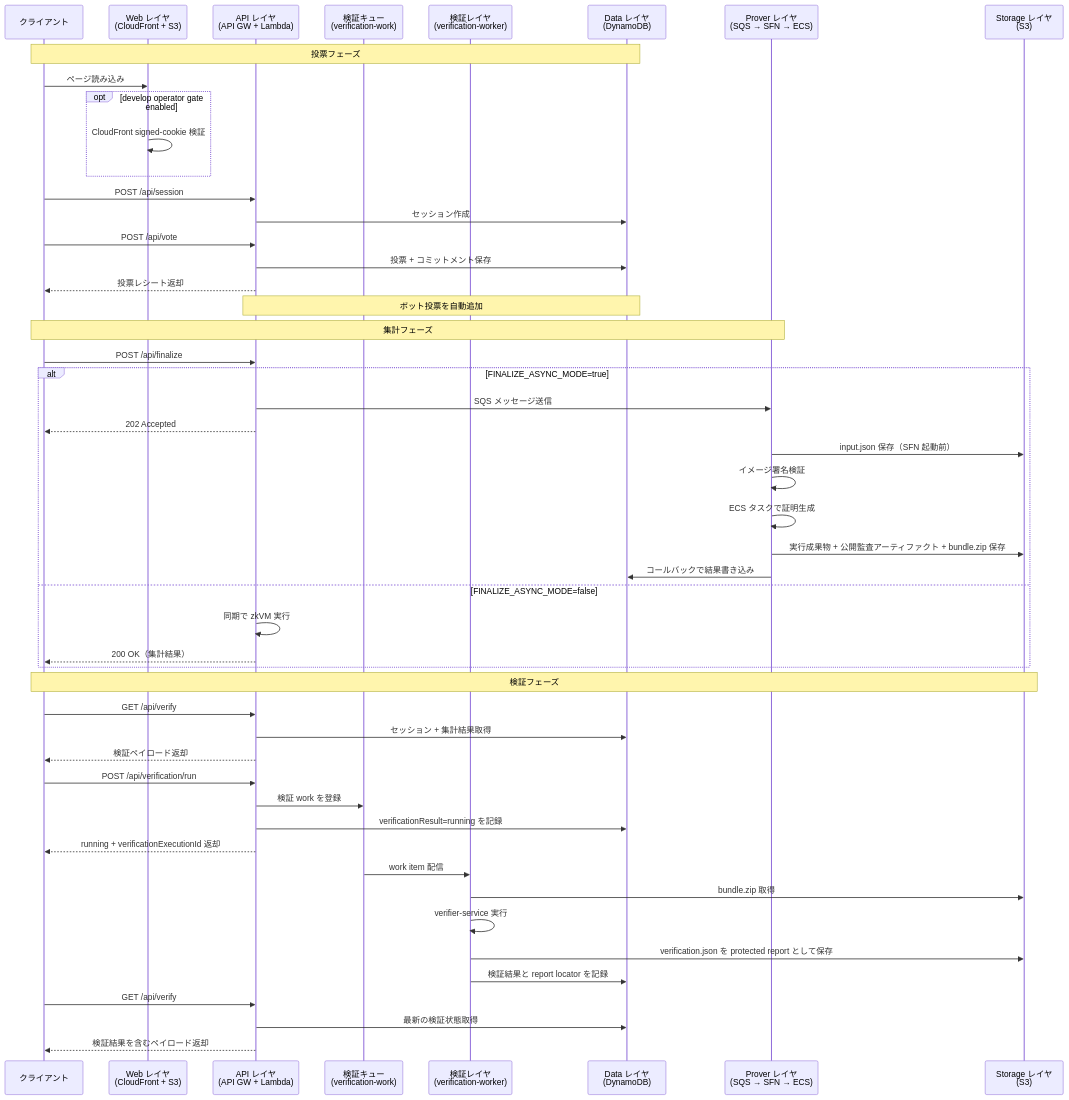
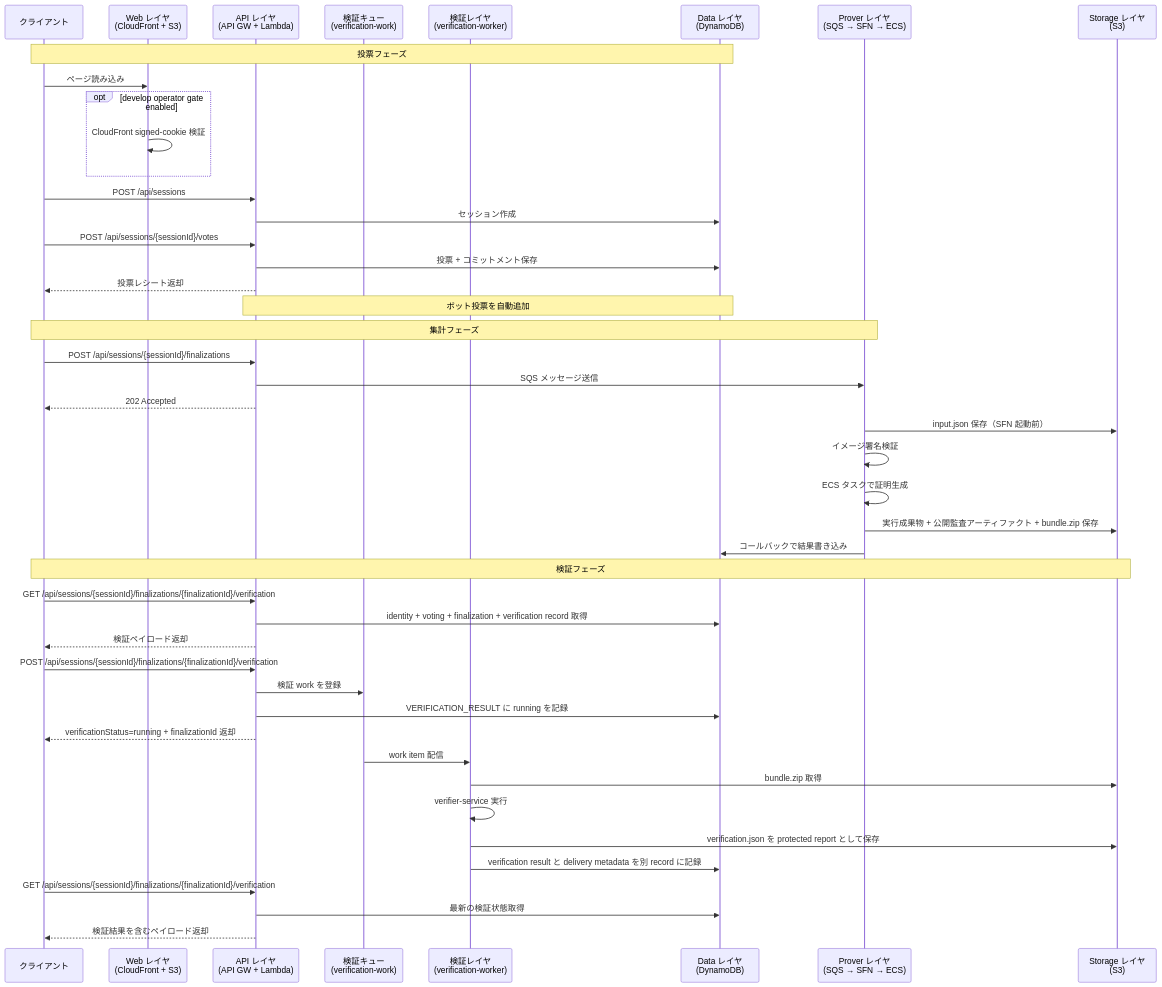
Before and after one commit to hwatanabe-jp/stark-ballot-simulator-public: the third of 4 diagrams in public-book/src/aws/topology.md, drawn with Mermaid. The commit also changed other lines of this file and 1001 other files, not shown here.

````diff
--- a/public-book/src/aws/topology.md
+++ b/public-book/src/aws/topology.md
@@ -169,55 +175,50 @@
 ```mermaid
 sequenceDiagram
   participant C as クライアント
   participant W as Web レイヤ<br/>(CloudFront + S3)
   participant A as API レイヤ<br/>(API GW + Lambda)
   participant Q as 検証キュー<br/>(verification-work)
   participant V as 検証レイヤ<br/>(verification-worker)
   participant D as Data レイヤ<br/>(DynamoDB)
   participant P as Prover レイヤ<br/>(SQS → SFN → ECS)
   participant S as Storage レイヤ<br/>(S3)
 
   Note over C,D: 投票フェーズ
   C->>W: ページ読み込み
   opt develop operator gate enabled
     W->>W: CloudFront signed-cookie 検証
   end
-  C->>A: POST /api/session
+  C->>A: POST /api/sessions
   A->>D: セッション作成
-  C->>A: POST /api/vote
+  C->>A: POST /api/sessions/{sessionId}/votes
   A->>D: 投票 + コミットメント保存
   A-->>C: 投票レシート返却
   Note over A,D: ボット投票を自動追加
 
   Note over C,P: 集計フェーズ
-  C->>A: POST /api/finalize
-  alt FINALIZE_ASYNC_MODE=true
-    A->>P: SQS メッセージ送信
-    A-->>C: 202 Accepted
-    P->>S: input.json 保存（SFN 起動前）
-    P->>P: イメージ署名検証
-    P->>P: ECS タスクで証明生成
-    P->>S: 実行成果物 + 公開監査アーティファクト + bundle.zip 保存
-    P->>D: コールバックで結果書き込み
-  else FINALIZE_ASYNC_MODE=false
-    A->>A: 同期で zkVM 実行
-    A-->>C: 200 OK（集計結果）
-  end
+  C->>A: POST /api/sessions/{sessionId}/finalizations
+  A->>P: SQS メッセージ送信
+  A-->>C: 202 Accepted
+  P->>S: input.json 保存（SFN 起動前）
+  P->>P: イメージ署名検証
+  P->>P: ECS タスクで証明生成
+  P->>S: 実行成果物 + 公開監査アーティファクト + bundle.zip 保存
+  P->>D: コールバックで結果書き込み
 
   Note over C,S: 検証フェーズ
-  C->>A: GET /api/verify
-  A->>D: セッション + 集計結果取得
+  C->>A: GET /api/sessions/{sessionId}/finalizations/{finalizationId}/verification
+  A->>D: identity + voting + finalization + verification record 取得
   A-->>C: 検証ペイロード返却
-  C->>A: POST /api/verification/run
+  C->>A: POST /api/sessions/{sessionId}/finalizations/{finalizationId}/verification
   A->>Q: 検証 work を登録
-  A->>D: verificationResult=running を記録
-  A-->>C: running + verificationExecutionId 返却
+  A->>D: VERIFICATION_RESULT に running を記録
+  A-->>C: verificationStatus=running + finalizationId 返却
   Q->>V: work item 配信
   V->>S: bundle.zip 取得
   V->>V: verifier-service 実行
   V->>S: verification.json を protected report として保存
-  V->>D: 検証結果と report locator を記録
-  C->>A: GET /api/verify
+  V->>D: verification result と delivery metadata を別 record に記録
+  C->>A: GET /api/sessions/{sessionId}/finalizations/{finalizationId}/verification
   A->>D: 最新の検証状態取得
   A-->>C: 検証結果を含むペイロード返却
 ```
````
